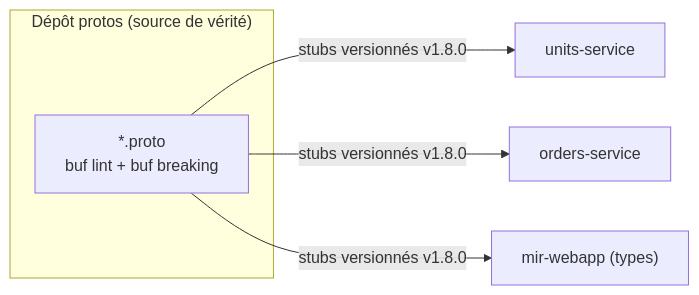
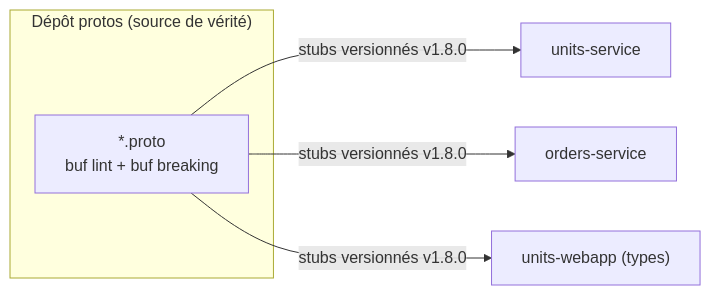
Before and after one commit to SteveElouga/observabilite-universelle: the tenth of 12 diagrams in Architecture_CICD_Universelle.md, drawn with Mermaid. The commit also changed other lines of this file and 23 other files, not shown here.

Commit message:
refactor(demo): renomme mir-webapp -> units-webapp (dossier, compose, sonde Blackbox 8080, docs, CI/CD)

````diff
--- a/Architecture_CICD_Universelle.md
+++ b/Architecture_CICD_Universelle.md
@@ -644,9 +644,9 @@
 ```mermaid
 flowchart LR
   subgraph PROTOS["Dépôt protos (source de vérité)"]
     P["*.proto<br/>buf lint + buf breaking"]
   end
   P -->|"stubs versionnés v1.8.0"| S1["units-service"]
   P -->|"stubs versionnés v1.8.0"| S2["orders-service"]
-  P -->|"stubs versionnés v1.8.0"| FE["mir-webapp (types)"]
+  P -->|"stubs versionnés v1.8.0"| FE["units-webapp (types)"]
 ```
````
